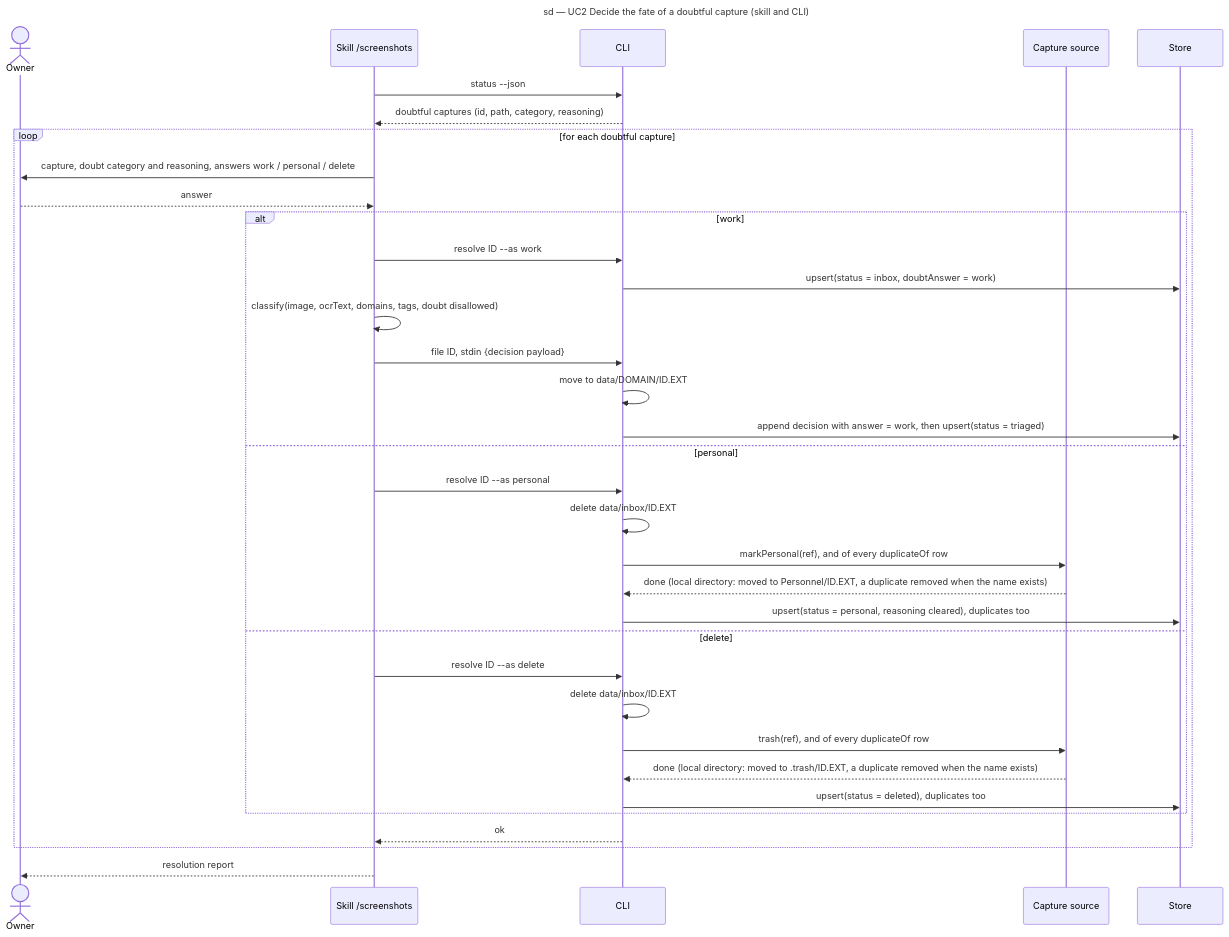
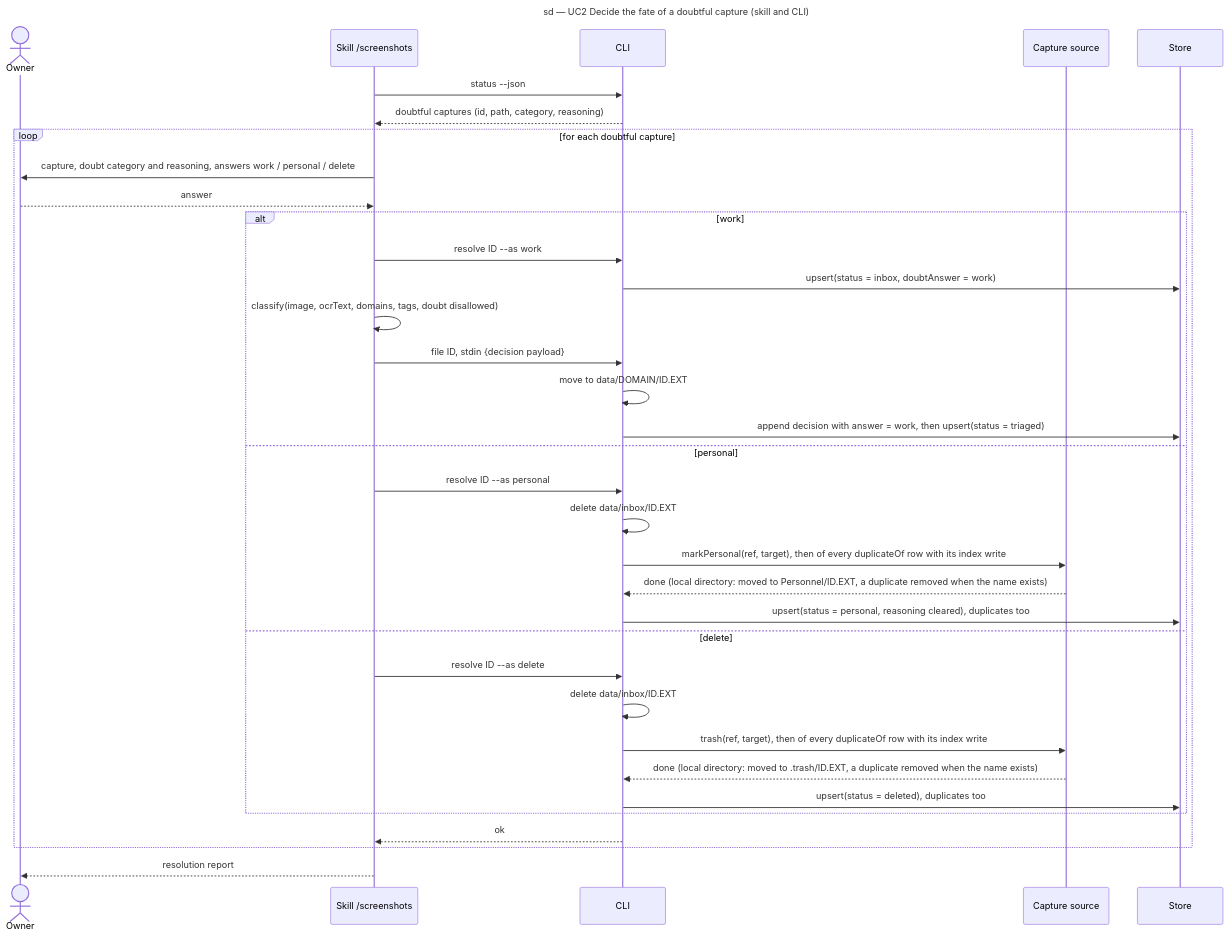
Before and after one commit to benoit-bremaud/screenshot-triage: the diagram in docs/architecture/diagrams/triage/02-sequence-resolve-doubt.md, drawn with Mermaid. The commit also changed other lines of this file and 29 other files, not shown here.

````diff
--- a/docs/architecture/diagrams/triage/02-sequence-resolve-doubt.md
+++ b/docs/architecture/diagrams/triage/02-sequence-resolve-doubt.md
@@ -14,37 +14,37 @@
 ```mermaid
 sequenceDiagram
   title sd — UC2 Decide the fate of a doubtful capture (skill and CLI)
   actor Owner
   participant Skill as Skill /screenshots
   participant CLI as CLI
   participant Source as Capture source
   participant Store as Store
   Skill->>CLI: status --json
   CLI-->>Skill: doubtful captures (id, path, category, reasoning)
   loop for each doubtful capture
     Skill->>Owner: capture, doubt category and reasoning, answers work / personal / delete
     Owner-->>Skill: answer
     alt work
       Skill->>CLI: resolve ID --as work
       CLI->>Store: upsert(status = inbox, doubtAnswer = work)
       Skill->>Skill: classify(image, ocrText, domains, tags, doubt disallowed)
       Skill->>CLI: file ID, stdin {decision payload}
       CLI->>CLI: move to data/DOMAIN/ID.EXT
       CLI->>Store: append decision with answer = work, then upsert(status = triaged)
     else personal
       Skill->>CLI: resolve ID --as personal
       CLI->>CLI: delete data/inbox/ID.EXT
-      CLI->>Source: markPersonal(ref), and of every duplicateOf row
+      CLI->>Source: markPersonal(ref, target), then of every duplicateOf row with its index write
       Source-->>CLI: done (local directory: moved to Personnel/ID.EXT, a duplicate removed when the name exists)
       CLI->>Store: upsert(status = personal, reasoning cleared), duplicates too
     else delete
       Skill->>CLI: resolve ID --as delete
       CLI->>CLI: delete data/inbox/ID.EXT
-      CLI->>Source: trash(ref), and of every duplicateOf row
+      CLI->>Source: trash(ref, target), then of every duplicateOf row with its index write
       Source-->>CLI: done (local directory: moved to .trash/ID.EXT, a duplicate removed when the name exists)
       CLI->>Store: upsert(status = deleted), duplicates too
     end
     CLI-->>Skill: ok
   end
   Skill-->>Owner: resolution report
 ```
````
